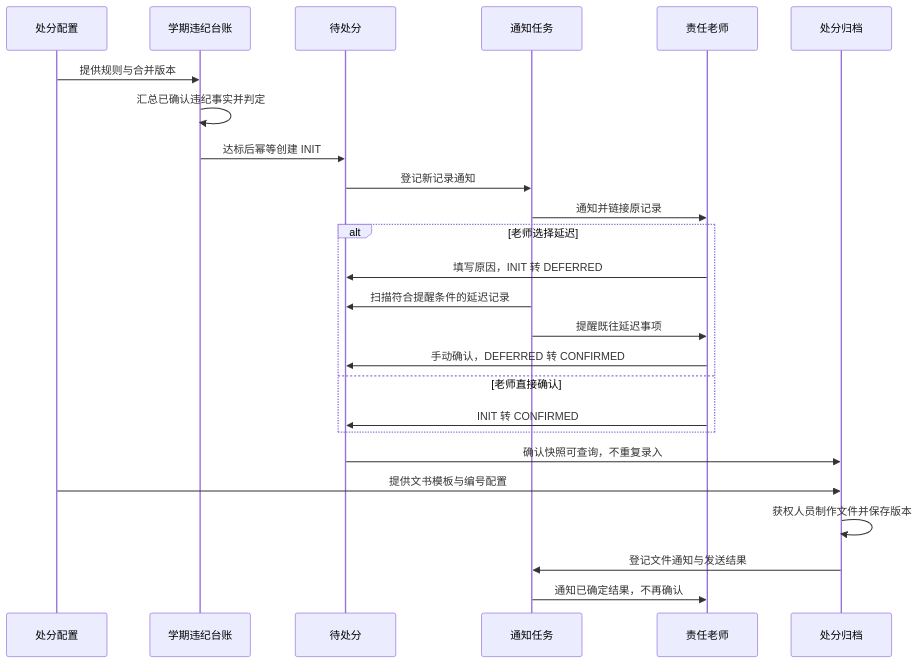
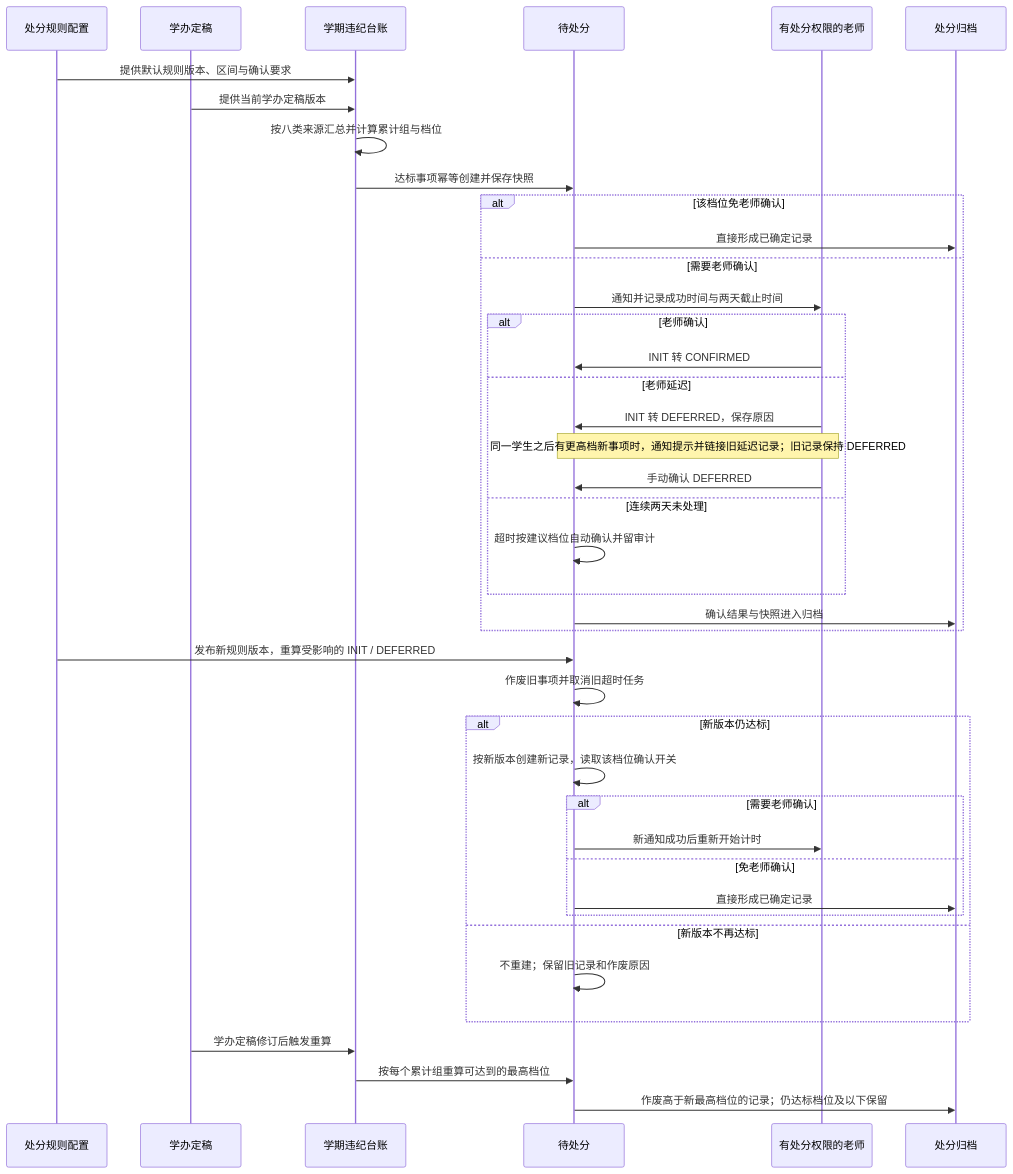
One commit to uncooked-rice-ningshuo/four-check-management-system changed the diagram in docs/proposals/2026-11-15-phase4-discipline-review.md. Above: the diagram before and after it, drawn with Mermaid. The commit also changed other lines of this file and 47 other files, not shown here.

````diff
--- a/docs/proposals/2026-11-15-phase4-discipline-review.md
+++ b/docs/proposals/2026-11-15-phase4-discipline-review.md
@@ -192,27 +86,43 @@
 ```mermaid
 sequenceDiagram
-    participant C as 处分配置
+    participant R as 处分规则配置
+    participant F as 学办定稿
     participant L as 学期违纪台账
     participant P as 待处分
-    participant N as 通知任务
-    participant T as 责任老师
+    participant T as 有处分权限的老师
     participant A as 处分归档
-    C->>L: 提供规则与合并版本
-    L->>L: 汇总已确认违纪事实并判定
-    L->>P: 达标后幂等创建 INIT
-    P->>N: 登记新记录通知
-    N->>T: 通知并链接原记录
-    alt 老师选择延迟
-        T->>P: 填写原因，INIT 转 DEFERRED
-        N->>P: 扫描符合提醒条件的延迟记录
-        N->>T: 提醒既往延迟事项
-        T->>P: 手动确认，DEFERRED 转 CONFIRMED
-    else 老师直接确认
-        T->>P: INIT 转 CONFIRMED
+    R->>L: 提供默认规则版本、区间与确认要求
+    F->>L: 提供当前学办定稿版本
+    L->>L: 按八类来源汇总并计算累计组与档位
+    L->>P: 达标事项幂等创建并保存快照
+    alt 该档位免老师确认
+        P->>A: 直接形成已确定记录
+    else 需要老师确认
+        P->>T: 通知并记录成功时间与两天截止时间
+        alt 老师确认
+            T->>P: INIT 转 CONFIRMED
+        else 老师延迟
+            T->>P: INIT 转 DEFERRED，保存原因
+            Note over P,T: 同一学生之后有更高档新事项时，通知提示并链接旧延迟记录；旧记录保持 DEFERRED
+            T->>P: 手动确认 DEFERRED
+        else 连续两天未处理
+            P->>P: 超时按建议档位自动确认并留审计
+        end
+        P->>A: 确认结果与快照进入归档
     end
-    P->>A: 确认快照可查询，不重复录入
-    C->>A: 提供文书模板与编号配置
-    A->>A: 获权人员制作文件并保存版本
-    A->>N: 登记文件通知与发送结果
-    N->>T: 通知已确定结果，不再确认
+    R->>P: 发布新规则版本，重算受影响的 INIT / DEFERRED
+    P->>P: 作废旧事项并取消旧超时任务
+    alt 新版本仍达标
+        P->>P: 按新版本创建新记录，读取该档位确认开关
+        alt 需要老师确认
+            P->>T: 新通知成功后重新开始计时
+        else 免老师确认
+            P->>A: 直接形成已确定记录
+        end
+    else 新版本不再达标
+        P->>P: 不重建；保留旧记录和作废原因
+    end
+    F->>L: 学办定稿修订后触发重算
+    L->>P: 按每个累计组重算可达到的最高档位
+    P->>A: 作废高于新最高档位的记录；仍达标档位及以下保留
 ```
````
